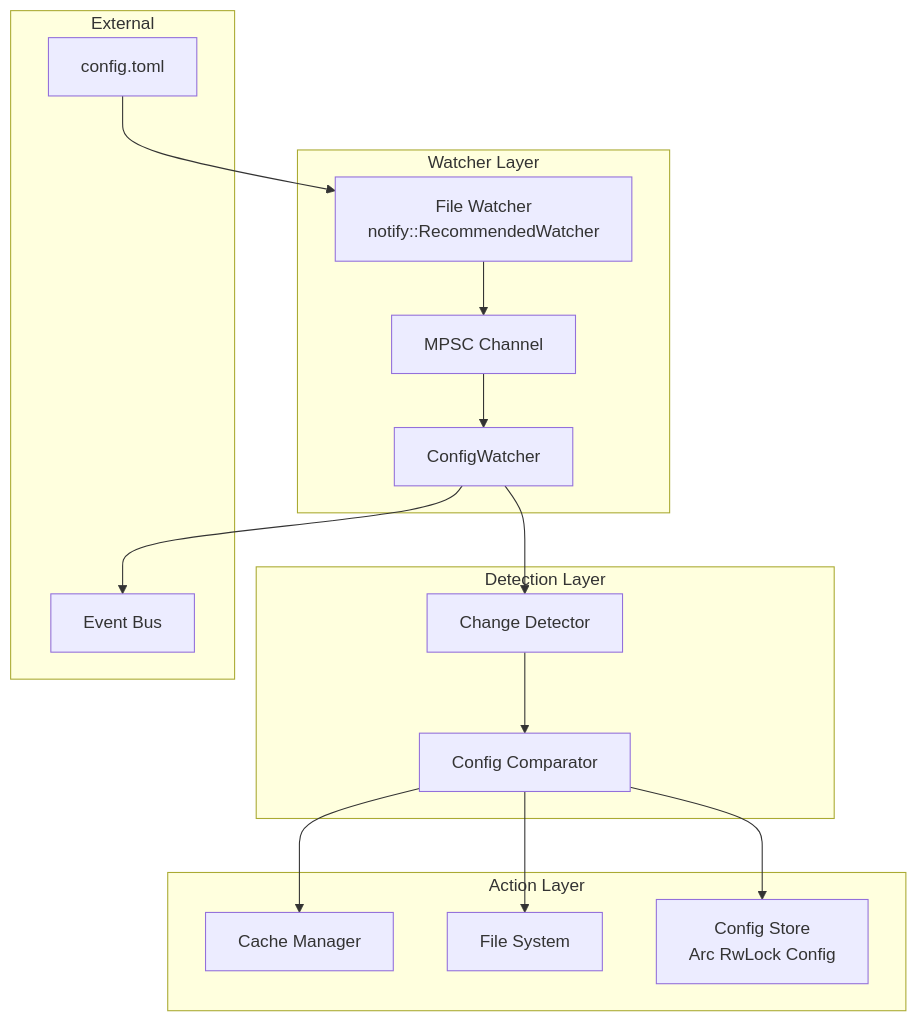
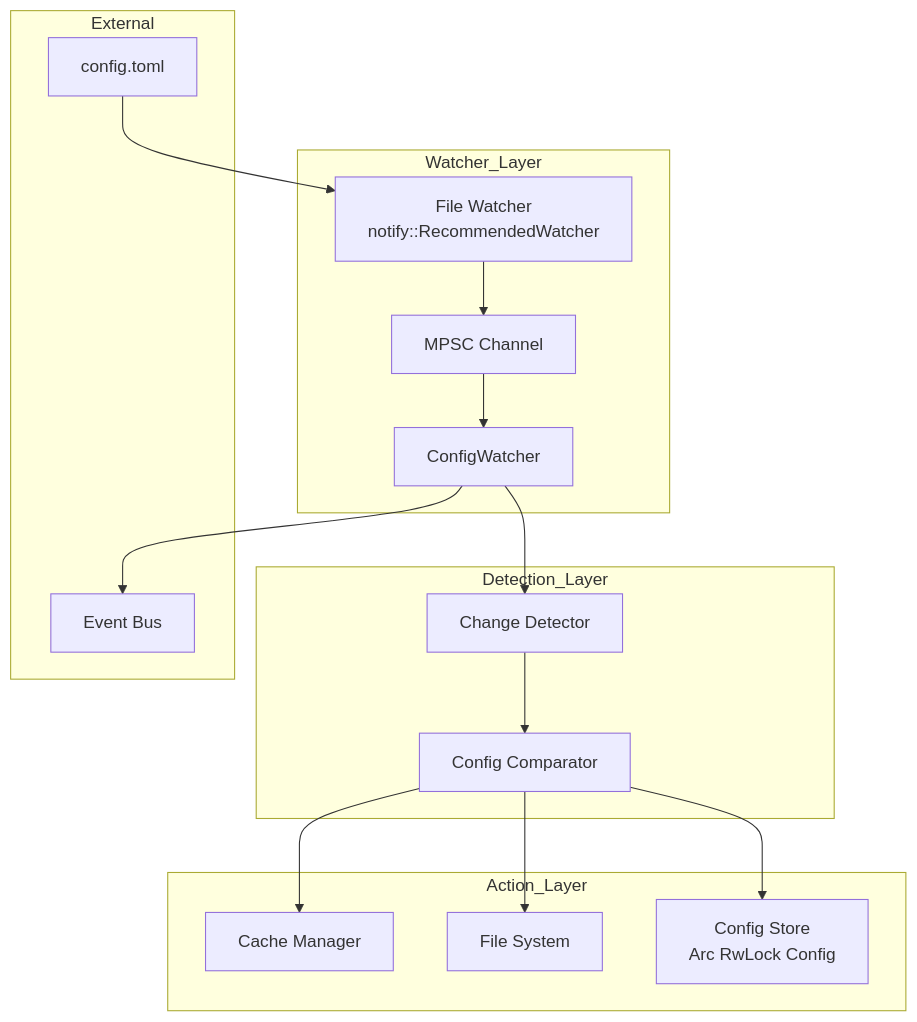
Before and after one commit to Lighty-Launcher/LightyUpdater: the first of 10 diagrams in crates/watcher/docs/architecture.md, drawn with Mermaid. The commit also changed other lines of this file and 31 other files, not shown here.

Commit message:
edit mermaid in docs

````diff
--- a/crates/watcher/docs/architecture.md
+++ b/crates/watcher/docs/architecture.md
@@ -9,34 +9,34 @@
 ```mermaid
 graph TB
-    subgraph "Watcher Layer"
+    subgraph Watcher_Layer
         CW[ConfigWatcher]
         FW[File Watcher<br/>notify::RecommendedWatcher]
         Channel[MPSC Channel]
     end
 
-    subgraph "Detection Layer"
+    subgraph Detection_Layer
         Detector[Change Detector]
         Comparator[Config Comparator]
     end
 
-    subgraph "Action Layer"
+    subgraph Action_Layer
         CacheManager[Cache Manager]
         FileSystem[File System]
         ConfigStore[Config Store<br/>Arc RwLock Config]
     end
 
-    subgraph "External"
+    subgraph External
         ConfigFile[config.toml]
         Events[Event Bus]
     end
 
     ConfigFile --> FW
     FW --> Channel
     Channel --> CW
     CW --> Detector
     Detector --> Comparator
     Comparator --> CacheManager
     Comparator --> FileSystem
     Comparator --> ConfigStore
     CW --> Events
 ```
````
